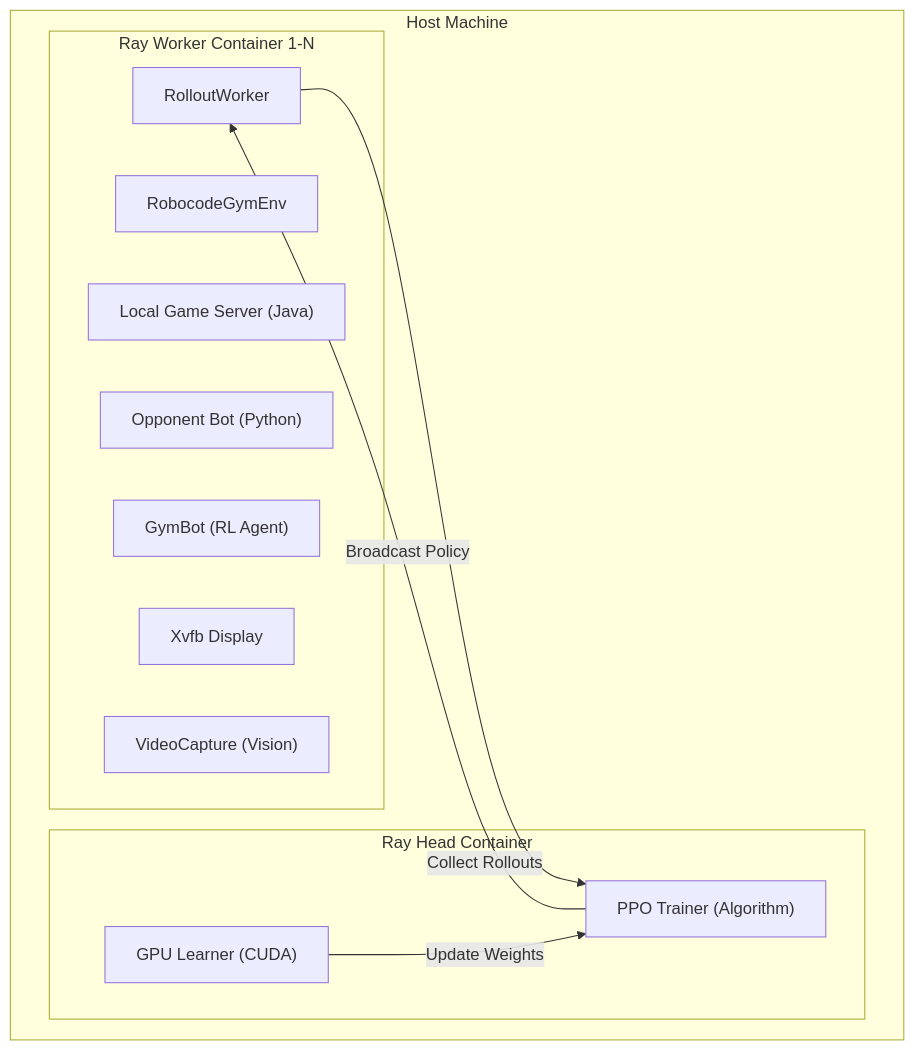
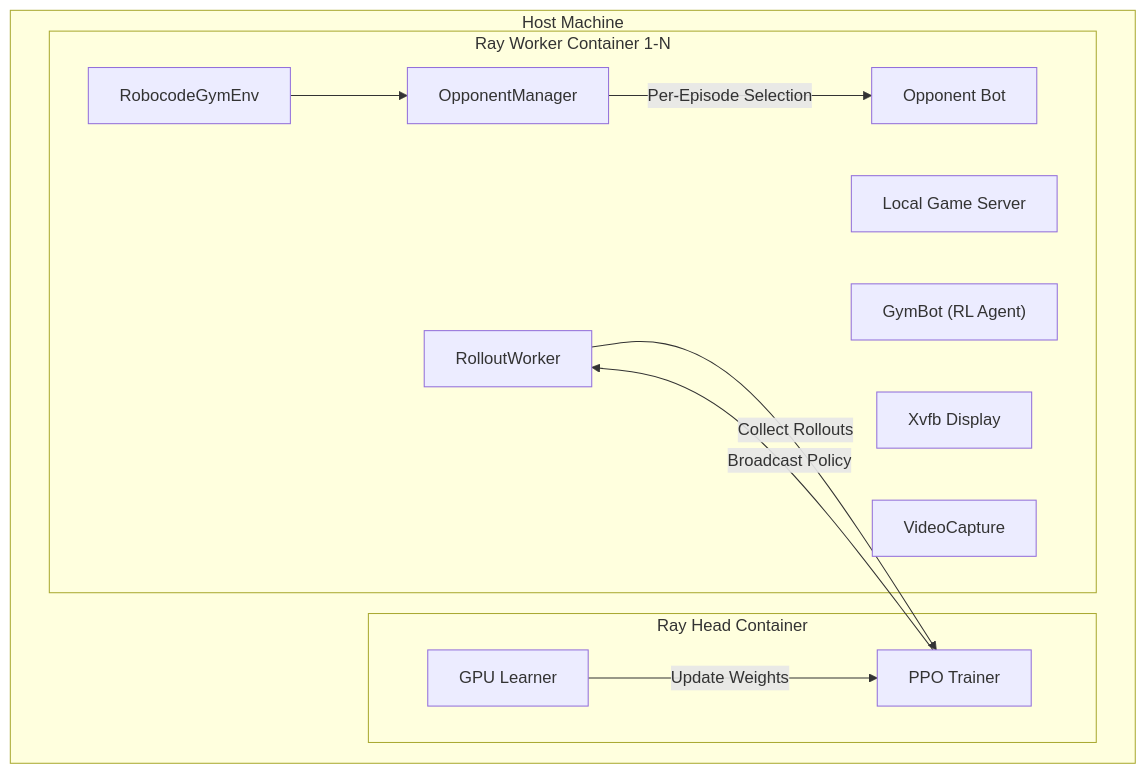
Before and after one commit to zoetsekas/robo-dojo: the first of 2 diagrams in README.md, drawn with Mermaid. The commit also changed other lines of this file and 2 other files, not shown here.

Commit message:
feat: update README with `OpponentManager` details and training flow, remove STATUS.md, and add opponent rotation test.

````diff
--- a/README.md
+++ b/README.md
@@ -10,23 +10,26 @@
 ```mermaid
 graph TD
     subgraph "Host Machine"
         subgraph "Ray Head Container"
-            Trainer["PPO Trainer (Algorithm)"]
-            Learner["GPU Learner (CUDA)"]
+            Trainer["PPO Trainer"]
+            Learner["GPU Learner"]
         end
 
         subgraph "Ray Worker Container 1-N"
             Worker["RolloutWorker"]
             Env["RobocodeGymEnv"]
-            Server["Local Game Server (Java)"]
-            BotO["Opponent Bot (Python)"]
+            OpMgr["OpponentManager"]
+            Server["Local Game Server"]
+            BotO["Opponent Bot"]
             BotG["GymBot (RL Agent)"]
             Xvfb["Xvfb Display"]
-            Video["VideoCapture (Vision)"]
+            Video["VideoCapture"]
         end
 
         Trainer -- "Broadcast Policy" --> Worker
         Worker -- "Collect Rollouts" --> Trainer
         Learner -- "Update Weights" --> Trainer
+        Env --> OpMgr
+        OpMgr -- "Per-Episode Selection" --> BotO
     end
 ```
````
